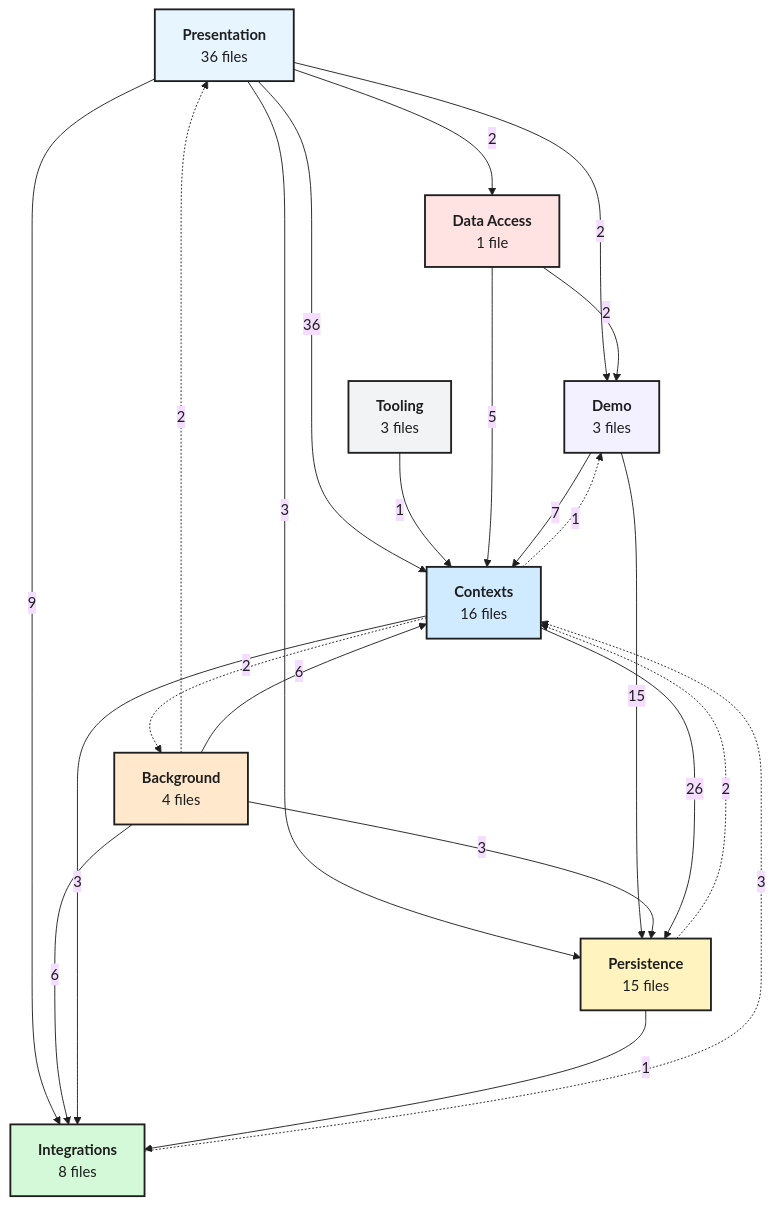
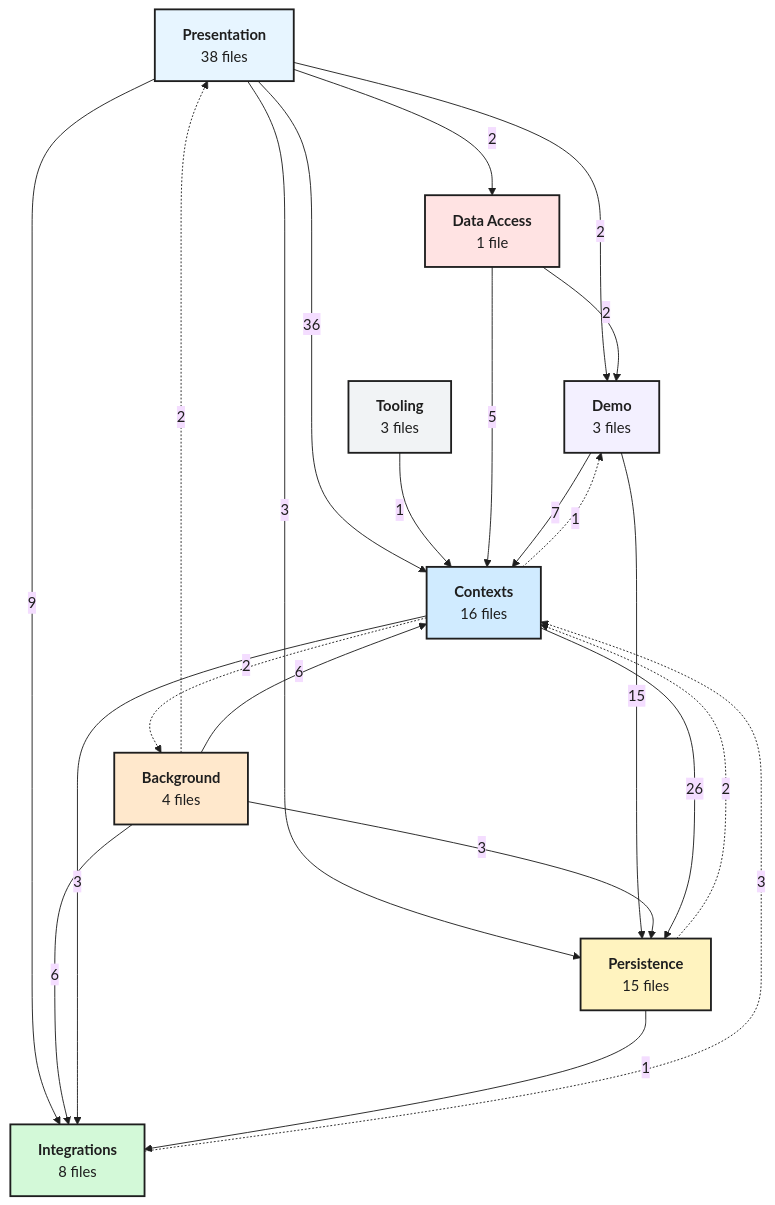
Before and after one commit to sudo-adduser-jordan/tripwire: the second of 2 diagrams in docs/architecture.md, drawn with Mermaid. The commit also changed other lines of this file and 11 other files, not shown here.

````diff
--- a/docs/architecture.md
+++ b/docs/architecture.md
@@ -70,41 +70,41 @@
 ```mermaid
 %%{init: {"theme": "base", "flowchart": {"curve": "basis", "nodeSpacing": 60, "rankSpacing": 100, "wrappingWidth": 200}, "themeVariables": {"fontFamily": "sans-serif", "lineColor": "#1e1e1e", "primaryTextColor": "#1e1e1e"}}}%%
 flowchart TD
-  presentation["<b>Presentation</b><br/>36 files"]:::blue
+  presentation["<b>Presentation</b><br/>38 files"]:::blue
   tooling["<b>Tooling</b><br/>3 files"]:::gray
   data_access["<b>Data Access</b><br/>1 file"]:::rose
   demo["<b>Demo</b><br/>3 files"]:::violet
   background["<b>Background</b><br/>4 files"]:::orange
   contexts["<b>Contexts</b><br/>16 files"]:::cyan
   persistence["<b>Persistence</b><br/>15 files"]:::yellow
   integrations["<b>Integrations</b><br/>8 files"]:::green
   presentation -->|2| data_access
   presentation -->|2| demo
   presentation -->|36| contexts
   presentation -->|3| persistence
   presentation -->|9| integrations
   tooling -->|1| contexts
   data_access -->|2| demo
   data_access -->|5| contexts
   demo -->|7| contexts
   demo -->|15| persistence
   background -.->|2| presentation
   background -->|6| contexts
   background -->|3| persistence
   background -->|6| integrations
   contexts -.->|1| demo
   contexts -.->|2| background
   contexts -->|26| persistence
   contexts -->|3| integrations
   persistence -.->|2| contexts
   persistence -->|1| integrations
   integrations -.->|3| contexts
   classDef blue fill:#e7f5ff,stroke:#1e1e1e,stroke-width:2px,color:#1e1e1e
   classDef gray fill:#f1f3f5,stroke:#1e1e1e,stroke-width:2px,color:#1e1e1e
   classDef rose fill:#ffe3e3,stroke:#1e1e1e,stroke-width:2px,color:#1e1e1e
   classDef violet fill:#f3f0ff,stroke:#1e1e1e,stroke-width:2px,color:#1e1e1e
   classDef orange fill:#ffe8cc,stroke:#1e1e1e,stroke-width:2px,color:#1e1e1e
   classDef cyan fill:#d0ebff,stroke:#1e1e1e,stroke-width:2px,color:#1e1e1e
   classDef yellow fill:#fff3bf,stroke:#1e1e1e,stroke-width:2px,color:#1e1e1e
   classDef green fill:#d3f9d8,stroke:#1e1e1e,stroke-width:2px,color:#1e1e1e
 ```
````
